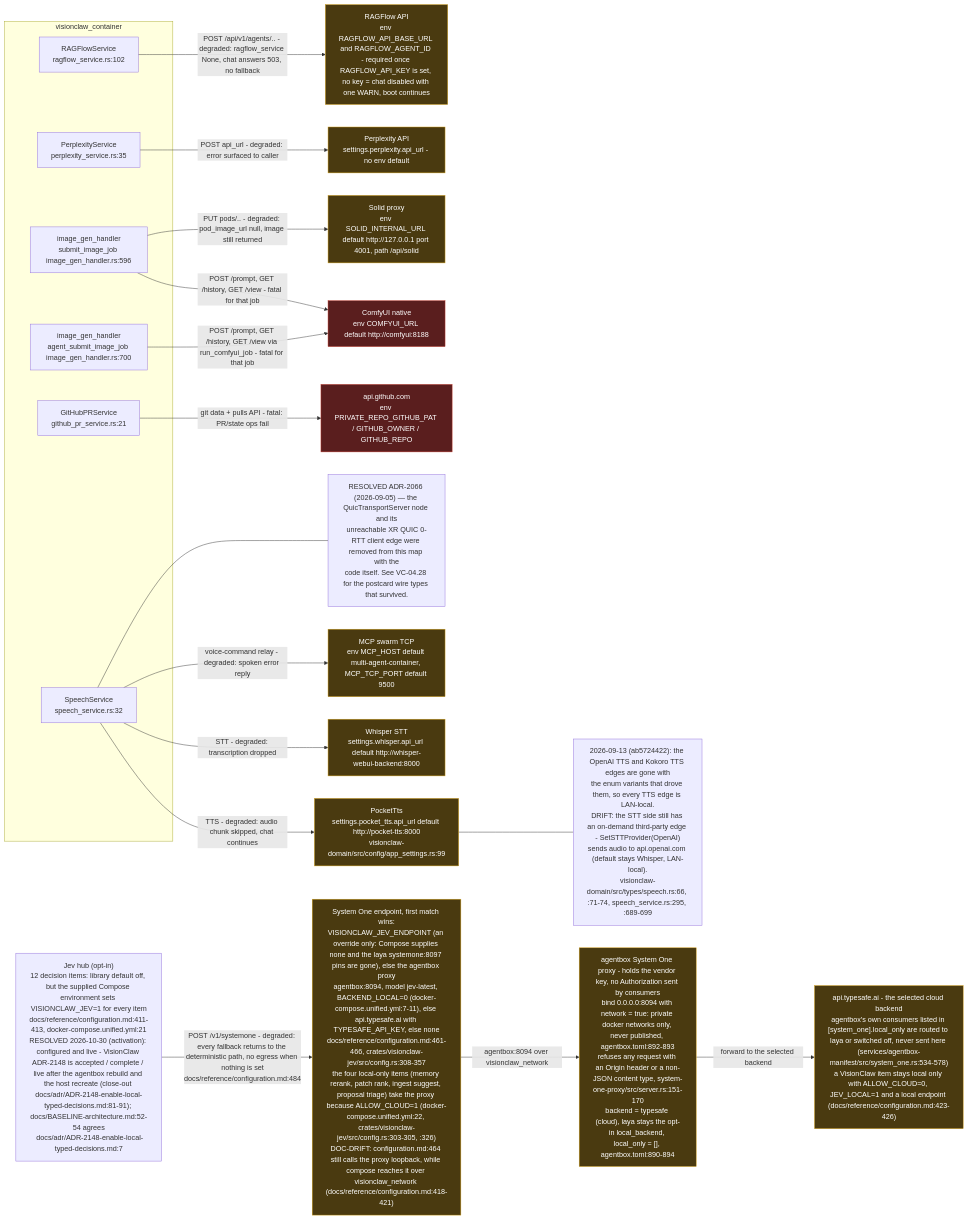
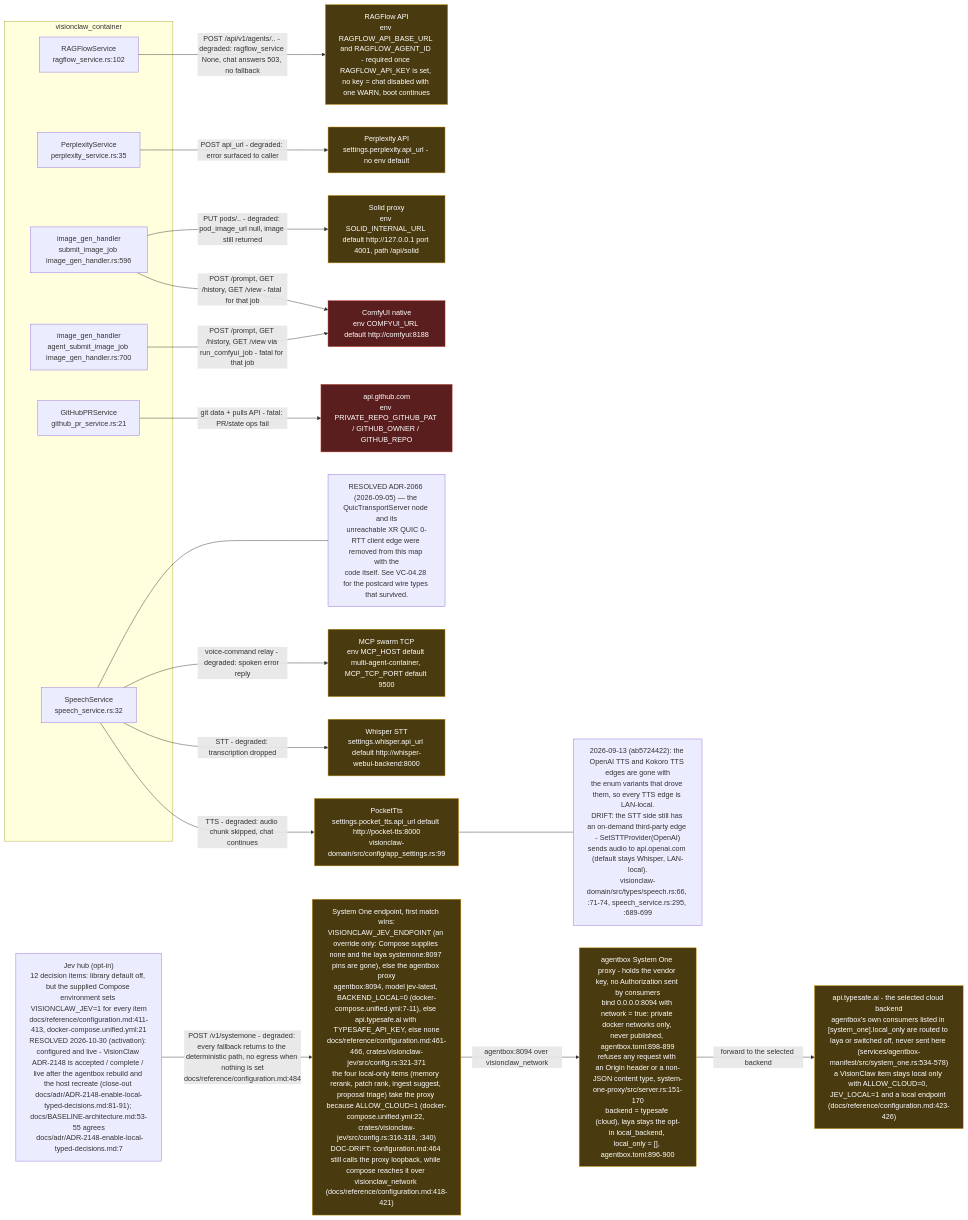
One commit to DreamLab-AI/VisionFlow changed the eighth of 8 diagrams in docs/diagrams/visionclaw/28-external-services.md. Above: the diagram before and after it, drawn with Mermaid. The commit also changed other lines of this file and 154 other files, not shown here.

First line of the commit message:
docs(diagrams): re-stamp 154 topics whose every citation still reads the same text at the current heads

````diff
--- a/docs/diagrams/visionclaw/28-external-services.md
+++ b/docs/diagrams/visionclaw/28-external-services.md
@@ -395,47 +395,47 @@
 ```mermaid
 flowchart LR
     subgraph app["visionclaw_container"]
         RS["RAGFlowService<br/>ragflow_service.rs:102"]
         PS["PerplexityService<br/>perplexity_service.rs:35"]
         IG["image_gen_handler<br/>submit_image_job image_gen_handler.rs:596"]
         AG["image_gen_handler<br/>agent_submit_image_job image_gen_handler.rs:700"]
         GH["GitHubPRService<br/>github_pr_service.rs:21"]
         SS["SpeechService<br/>speech_service.rs:32"]
     end
 
     RF["RAGFlow API<br/>env RAGFLOW_API_BASE_URL and RAGFLOW_AGENT_ID - required once RAGFLOW_API_KEY is set, no key = chat disabled with one WARN, boot continues"]
     PX["Perplexity API<br/>settings.perplexity.api_url - no env default"]
     CFU["ComfyUI native<br/>env COMFYUI_URL default http://comfyui:8188"]
     SOL["Solid proxy<br/>env SOLID_INTERNAL_URL default http://127.0.0.1 port 4001, path /api/solid"]
     GHA["api.github.com<br/>env PRIVATE_REPO_GITHUB_PAT / GITHUB_OWNER / GITHUB_REPO"]
     PT["PocketTts<br/>settings.pocket_tts.api_url default http://pocket-tts:8000<br/>visionclaw-domain/src/config/app_settings.rs:99"]
     WHI["Whisper STT<br/>settings.whisper.api_url default http://whisper-webui-backend:8000"]
     MCPS["MCP swarm TCP<br/>env MCP_HOST default multi-agent-container, MCP_TCP_PORT default 9500"]
 
     RS -->|"POST /api/v1/agents/.. - degraded: ragflow_service None, chat answers 503, no fallback"| RF
     PS -->|"POST api_url - degraded: error surfaced to caller"| PX
     IG -->|"POST /prompt, GET /history, GET /view - fatal for that job"| CFU
     AG -->|"POST /prompt, GET /history, GET /view via run_comfyui_job - fatal for that job"| CFU
     IG -->|"PUT pods/.. - degraded: pod_image_url null, image still returned"| SOL
     GH -->|"git data + pulls API - fatal: PR/state ops fail"| GHA
     SS -->|"TTS - degraded: audio chunk skipped, chat continues"| PT
     SS -->|"STT - degraded: transcription dropped"| WHI
     SS -->|"voice-command relay - degraded: spoken error reply"| MCPS
-    JV["Jev hub (opt-in)<br/>12 decision items: library default off, but the supplied Compose environment sets VISIONCLAW_JEV=1 for every item<br/>docs/reference/configuration.md:411-413, docker-compose.unified.yml:21<br/>RESOLVED 2026-10-30 (activation): configured and live - VisionClaw ADR-2148 is accepted / complete / live after the agentbox rebuild and the host recreate (close-out docs/adr/ADR-2148-enable-local-typed-decisions.md:81-91); docs/BASELINE-architecture.md:52-54 agrees<br/> docs/adr/ADR-2148-enable-local-typed-decisions.md:7"]
-    JEP["System One endpoint, first match wins:<br/>VISIONCLAW_JEV_ENDPOINT (an override only: Compose supplies none and the laya systemone:8097 pins are gone), else the agentbox proxy<br/>agentbox:8094, model jev-latest, BACKEND_LOCAL=0 (docker-compose.unified.yml:7-11), else api.typesafe.ai with TYPESAFE_API_KEY, else none<br/>docs/reference/configuration.md:461-466, crates/visionclaw-jev/src/config.rs:308-357<br/>the four local-only items (memory rerank, patch rank, ingest suggest, proposal triage) take the proxy because ALLOW_CLOUD=1 (docker-compose.unified.yml:22, crates/visionclaw-jev/src/config.rs:303-305, :326)<br/>DOC-DRIFT: configuration.md:464 still calls the proxy loopback, while compose reaches it over visionclaw_network (docs/reference/configuration.md:418-421)"]
-    AB["agentbox System One proxy - holds the vendor key, no Authorization sent by consumers<br/>bind 0.0.0.0:8094 with network = true: private docker networks only, never published, agentbox.toml:892-893<br/>refuses any request with an Origin header or a non-JSON content type, system-one-proxy/src/server.rs:151-170<br/>backend = typesafe (cloud), laya stays the opt-in local_backend, local_only = [], agentbox.toml:890-894"]
+    JV["Jev hub (opt-in)<br/>12 decision items: library default off, but the supplied Compose environment sets VISIONCLAW_JEV=1 for every item<br/>docs/reference/configuration.md:411-413, docker-compose.unified.yml:21<br/>RESOLVED 2026-10-30 (activation): configured and live - VisionClaw ADR-2148 is accepted / complete / live after the agentbox rebuild and the host recreate (close-out docs/adr/ADR-2148-enable-local-typed-decisions.md:81-91); docs/BASELINE-architecture.md:53-55 agrees<br/> docs/adr/ADR-2148-enable-local-typed-decisions.md:7"]
+    JEP["System One endpoint, first match wins:<br/>VISIONCLAW_JEV_ENDPOINT (an override only: Compose supplies none and the laya systemone:8097 pins are gone), else the agentbox proxy<br/>agentbox:8094, model jev-latest, BACKEND_LOCAL=0 (docker-compose.unified.yml:7-11), else api.typesafe.ai with TYPESAFE_API_KEY, else none<br/>docs/reference/configuration.md:461-466, crates/visionclaw-jev/src/config.rs:321-371<br/>the four local-only items (memory rerank, patch rank, ingest suggest, proposal triage) take the proxy because ALLOW_CLOUD=1 (docker-compose.unified.yml:22, crates/visionclaw-jev/src/config.rs:316-318, :340)<br/>DOC-DRIFT: configuration.md:464 still calls the proxy loopback, while compose reaches it over visionclaw_network (docs/reference/configuration.md:418-421)"]
+    AB["agentbox System One proxy - holds the vendor key, no Authorization sent by consumers<br/>bind 0.0.0.0:8094 with network = true: private docker networks only, never published, agentbox.toml:898-899<br/>refuses any request with an Origin header or a non-JSON content type, system-one-proxy/src/server.rs:151-170<br/>backend = typesafe (cloud), laya stays the opt-in local_backend, local_only = [], agentbox.toml:896-900"]
     TS["api.typesafe.ai - the selected cloud backend<br/>agentbox's own consumers listed in [system_one].local_only are routed to laya or switched off, never sent here (services/agentbox-manifest/src/system_one.rs:534-578)<br/>a VisionClaw item stays local only with ALLOW_CLOUD=0, JEV_LOCAL=1 and a local endpoint (docs/reference/configuration.md:423-426)"]
     JV -->|"POST /v1/systemone - degraded: every fallback returns to the deterministic path, no egress when nothing is set<br/>docs/reference/configuration.md:484"| JEP
     JEP -->|"agentbox:8094 over visionclaw_network"| AB
     AB -->|"forward to the selected backend"| TS
 
     N1["RESOLVED ADR-2066 (2026-09-05) — the QuicTransportServer node and its<br/>unreachable XR QUIC 0-RTT client edge were removed from this map with the<br/>code itself. See VC-04.28 for the postcard wire types that survived."]
     SS --- N1
     N2["2026-09-13 (ab5724422): the OpenAI TTS and Kokoro TTS edges are gone with<br/>the enum variants that drove them, so every TTS edge is LAN-local.<br/>DRIFT: the STT side still has an on-demand third-party edge - SetSTTProvider(OpenAI)<br/>sends audio to api.openai.com (default stays Whisper, LAN-local).<br/>visionclaw-domain/src/types/speech.rs:66, :71-74, speech_service.rs:295, :689-699"]
     PT --- N2
 
     classDef fatal fill:#5a1e1e,stroke:#c0392b,color:#fff
     classDef degraded fill:#4a3a10,stroke:#d4a017,color:#fff
     class GHA,CFU fatal
     class RF,PX,SOL,PT,WHI,MCPS,JEP,AB,TS degraded
 ```
````
